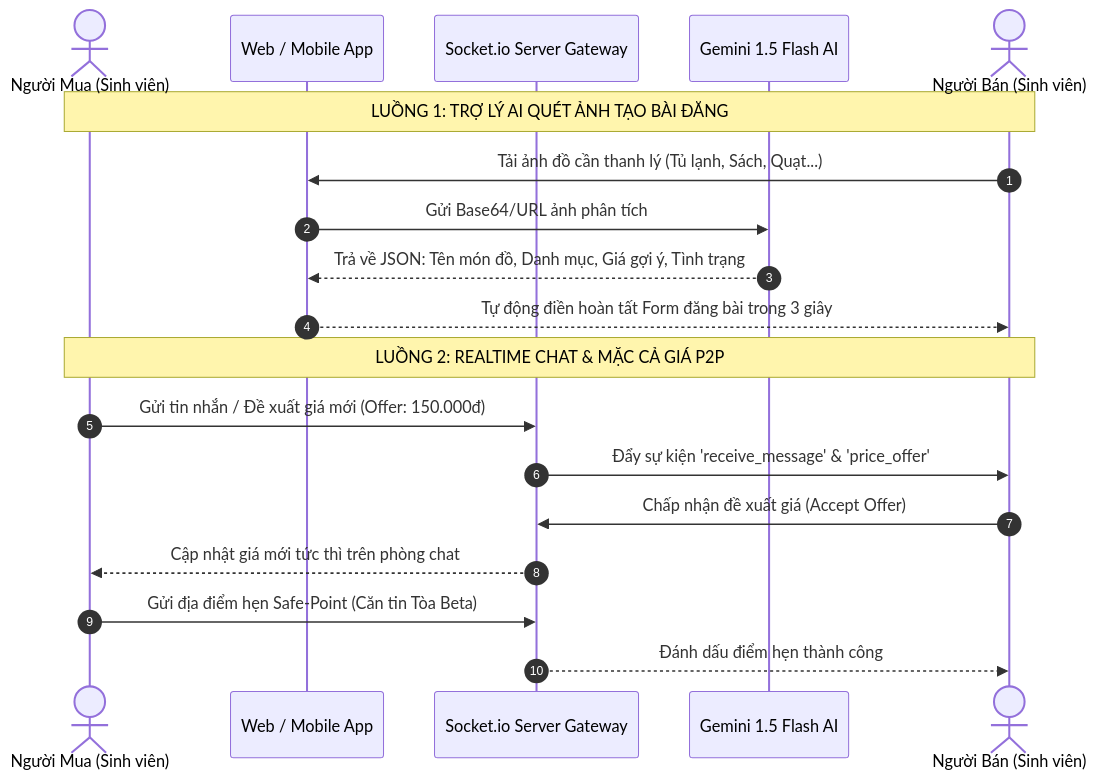
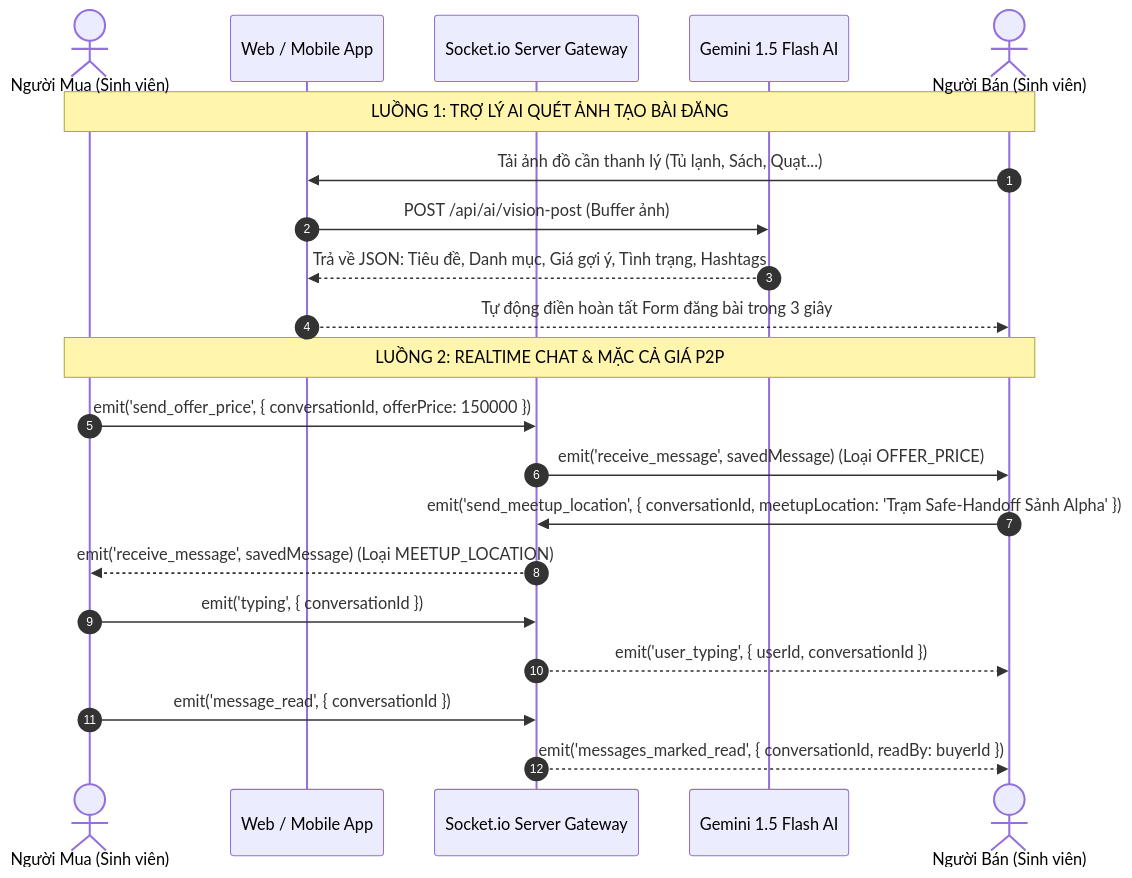
Before and after one commit to phongnha230/Market_FU: the second of 2 diagrams in BAO_CAO_DU_AN_WEB_MOBILE.md, drawn with Mermaid. The commit also changed other lines of this file and 11 other files, not shown here.

````diff
--- a/BAO_CAO_DU_AN_WEB_MOBILE.md
+++ b/BAO_CAO_DU_AN_WEB_MOBILE.md
@@ -257,23 +254,25 @@
 ```mermaid
 sequenceDiagram
     autonumber
     actor Buyer as Người Mua (Sinh viên)
     participant ClientApp as Web / Mobile App
     participant SocketServer as Socket.io Server Gateway
     participant AIService as Gemini 1.5 Flash AI
     actor Seller as Người Bán (Sinh viên)
 
     Note over Buyer, Seller: LUỒNG 1: TRỢ LÝ AI QUÉT ẢNH TẠO BÀI ĐĂNG
     Seller->>ClientApp: Tải ảnh đồ cần thanh lý (Tủ lạnh, Sách, Quạt...)
-    ClientApp->>AIService: Gửi Base64/URL ảnh phân tích
-    AIService-->>ClientApp: Trả về JSON: Tên món đồ, Danh mục, Giá gợi ý, Tình trạng
+    ClientApp->>AIService: POST /api/ai/vision-post (Buffer ảnh)
+    AIService-->>ClientApp: Trả về JSON: Tiêu đề, Danh mục, Giá gợi ý, Tình trạng, Hashtags
     ClientApp-->>Seller: Tự động điền hoàn tất Form đăng bài trong 3 giây
 
     Note over Buyer, Seller: LUỒNG 2: REALTIME CHAT & MẶC CẢ GIÁ P2P
-    Buyer->>SocketServer: Gửi tin nhắn / Đề xuất giá mới (Offer: 150.000đ)
-    SocketServer->>Seller: Đẩy sự kiện 'receive_message' & 'price_offer'
-    Seller->>SocketServer: Chấp nhận đề xuất giá (Accept Offer)
-    SocketServer-->>Buyer: Cập nhật giá mới tức thì trên phòng chat
-    Buyer->>SocketServer: Gửi địa điểm hẹn Safe-Point (Căn tin Tòa Beta)
-    SocketServer-->>Seller: Đánh dấu điểm hẹn thành công
+    Buyer->>SocketServer: emit('send_offer_price', { conversationId, offerPrice: 150000 })
+    SocketServer->>Seller: emit('receive_message', savedMessage) (Loại OFFER_PRICE)
+    Seller->>SocketServer: emit('send_meetup_location', { conversationId, meetupLocation: 'Trạm Safe-Handoff Sảnh Alpha' })
+    SocketServer-->>Buyer: emit('receive_message', savedMessage) (Loại MEETUP_LOCATION)
+    Buyer->>SocketServer: emit('typing', { conversationId })
+    SocketServer-->>Seller: emit('user_typing', { userId, conversationId })
+    Buyer->>SocketServer: emit('message_read', { conversationId })
+    SocketServer-->>Seller: emit('messages_marked_read', { conversationId, readBy: buyerId })
 ```
````
